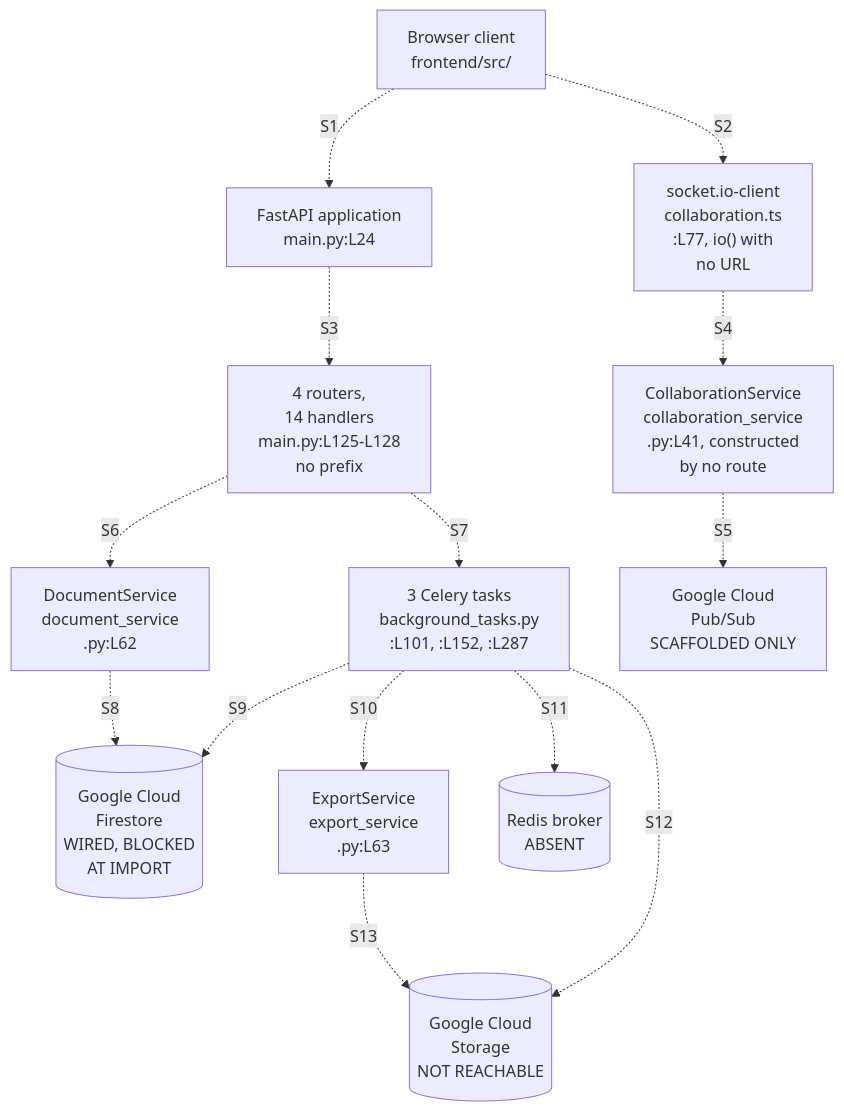
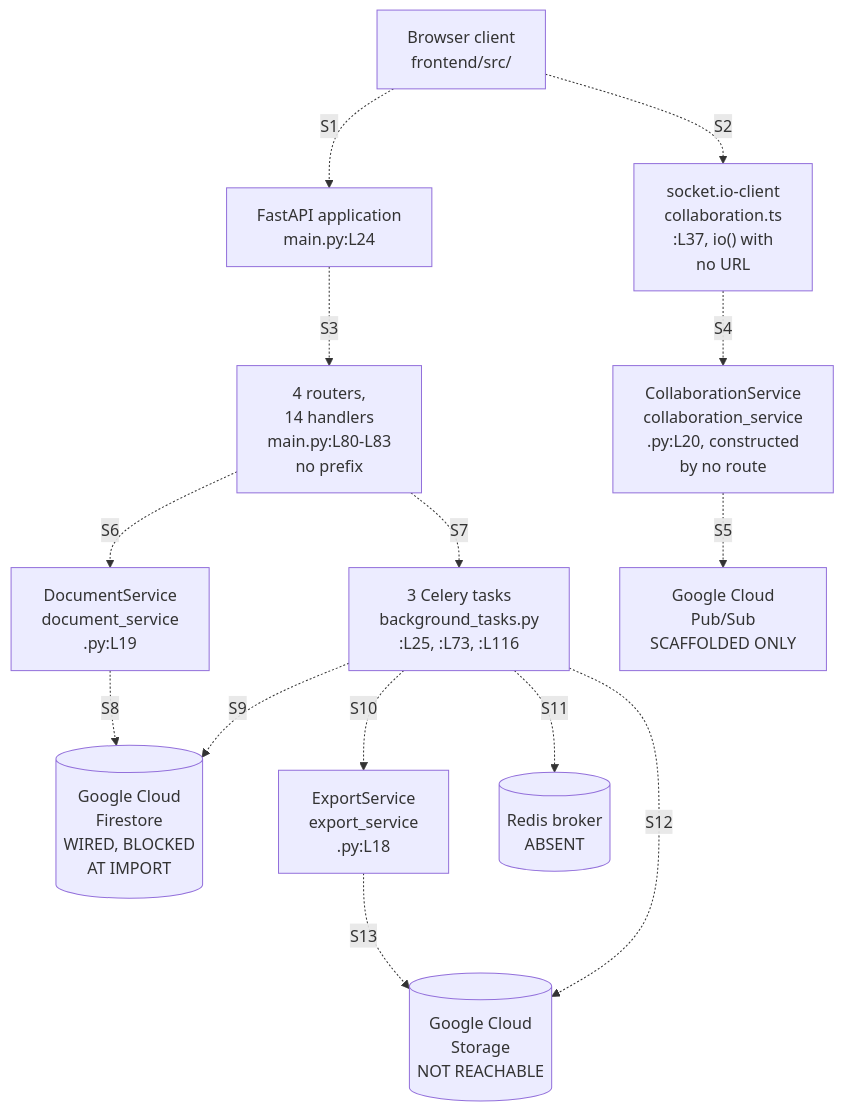
Before and after one commit to blitzy-public-samples/microsoft-word-u33ko0: the diagram in docs/integration-guide.md, drawn with Mermaid. The commit also changed other lines of this file and 69 other files, not shown here.

````diff
--- a/docs/integration-guide.md
+++ b/docs/integration-guide.md
@@ -120,36 +122,36 @@
 ```mermaid
 graph TD
     accTitle: The integration map, annotated with reachability
-    accDescr: Every edge is dashed because no seam carries traffic today. Each edge carries a seam key, and the seam table below the diagram names the calls the code writes and the barriers in front of them.
+    accDescr: Every edge is dashed because no seam carries traffic today. Each edge carries a seam key. The seam table below the diagram names the calls the code writes and the barriers in front of them.
     BROWSER["Browser client<br/>frontend/src/"]
-    SOCK["socket.io-client<br/>collaboration.ts<br/>:L77, io() with<br/>no URL"]
+    SOCK["socket.io-client<br/>collaboration.ts<br/>:L37, io() with<br/>no URL"]
     APP["FastAPI application<br/>main.py:L24"]
-    ROUTERS["4 routers,<br/>14 handlers<br/>main.py:L125-L128<br/>no prefix"]
-    COLSVC["CollaborationService<br/>collaboration_service<br/>.py:L41, constructed<br/>by no route"]
-    DOCSVC["DocumentService<br/>document_service<br/>.py:L62"]
-    TASKS["3 Celery tasks<br/>background_tasks.py<br/>:L101, :L152, :L287"]
-    EXPSVC["ExportService<br/>export_service<br/>.py:L63"]
+    ROUTERS["4 routers,<br/>14 handlers<br/>main.py:L80-L83<br/>no prefix"]
+    COLSVC["CollaborationService<br/>collaboration_service<br/>.py:L20, constructed<br/>by no route"]
+    DOCSVC["DocumentService<br/>document_service<br/>.py:L19"]
+    TASKS["3 Celery tasks<br/>background_tasks.py<br/>:L25, :L73, :L116"]
+    EXPSVC["ExportService<br/>export_service<br/>.py:L18"]
 
     FS[("Google Cloud<br/>Firestore<br/>WIRED, BLOCKED<br/>AT IMPORT")]
     GCS[("Google Cloud<br/>Storage<br/>NOT REACHABLE")]
     PS["Google Cloud<br/>Pub/Sub<br/>SCAFFOLDED ONLY"]
     REDIS[("Redis broker<br/>ABSENT")]
 
     BROWSER -.->|"S1"| APP
     BROWSER -.->|"S2"| SOCK
     APP -.->|"S3"| ROUTERS
     SOCK -.->|"S4"| COLSVC
     COLSVC -.->|"S5"| PS
     ROUTERS -.->|"S6"| DOCSVC
     ROUTERS -.->|"S7"| TASKS
     DOCSVC -.->|"S8"| FS
     TASKS -.->|"S9"| FS
     TASKS -.->|"S10"| EXPSVC
     TASKS -.->|"S11"| REDIS
     TASKS -.->|"S12"| GCS
     EXPSVC -.->|"S13"| GCS
 
-%% Every edge is dashed, because no seam is complete. Each edge carries a seam key, and the seam
-%% table below names the call the code writes and the barriers in front of it, including the ones
-%% that outlast repairing the import chain and the undeclared settings.
+%% Every edge is dashed, because no seam is complete. Each edge carries a seam key. The seam
+%% table below names the call the code writes and the barriers in front of it. Some of those
+%% barriers outlast repairing the import chain and the undeclared settings.
 ```
````
